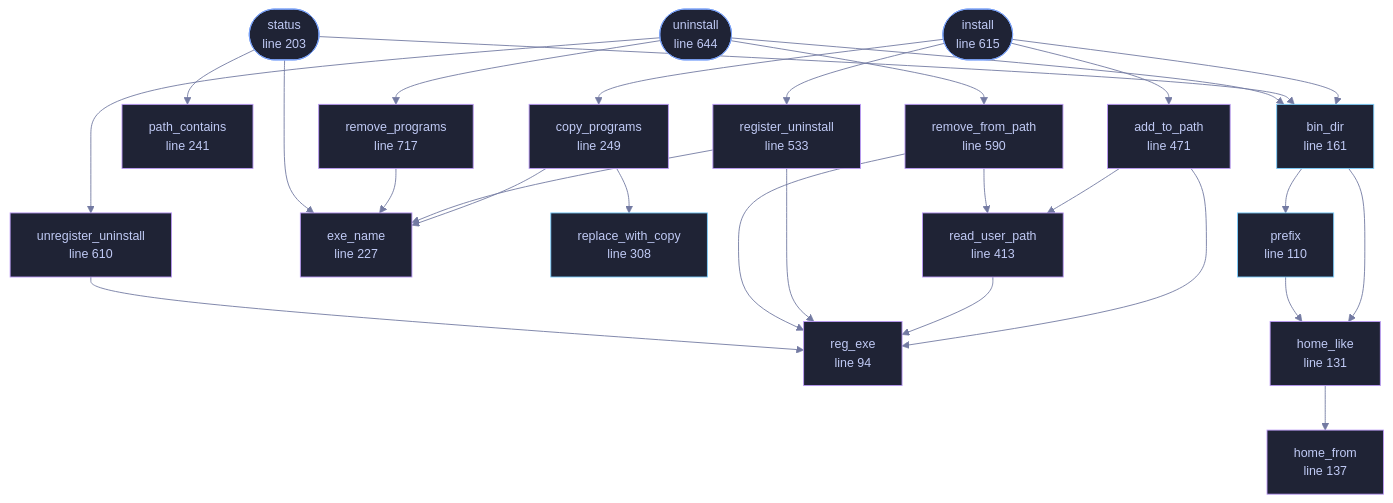
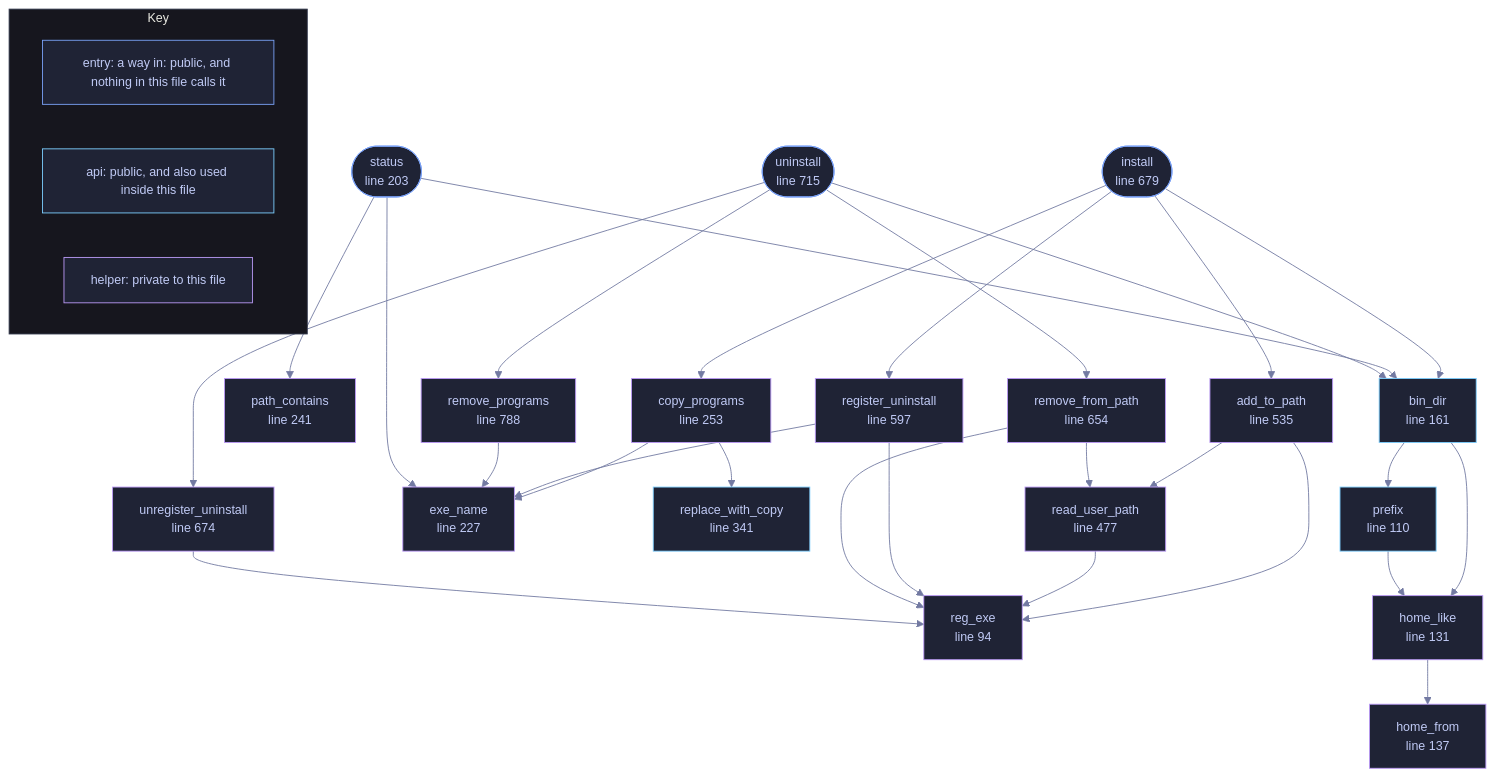
The diagram in docs/files/veilvoice-setup/install.md (tilas01/veilvoice), drawn with Mermaid before and after one commit. The commit also changed other lines of this file and 1510 other files, not shown here.

First line of the commit message:
Regenerate the documentation, wiki, site, graphs and measured numbers

````diff
--- a/docs/files/veilvoice-setup/install.md
+++ b/docs/files/veilvoice-setup/install.md
@@ -142,20 +142,20 @@
     n_status(["status<br/>line 203"])
     n_exe_name["exe_name<br/>line 227"]
     n_path_contains["path_contains<br/>line 241"]
-    n_copy_programs["copy_programs<br/>line 249"]
-    n_replace_with_copy["replace_with_copy<br/>line 308"]
-    n_add_to_path["add_to_path<br/>line 345"]
-    n_read_user_path["read_user_path<br/>line 413"]
-    n_add_to_path["add_to_path<br/>line 471"]
-    n_register_uninstall["register_uninstall<br/>line 492"]
-    n_register_uninstall["register_uninstall<br/>line 533"]
-    n_remove_from_path["remove_from_path<br/>line 544"]
-    n_remove_from_path["remove_from_path<br/>line 590"]
-    n_unregister_uninstall["unregister_uninstall<br/>line 600"]
-    n_unregister_uninstall["unregister_uninstall<br/>line 610"]
-    n_install(["install<br/>line 615"])
-    n_uninstall(["uninstall<br/>line 644"])
-    n_remove_programs["remove_programs<br/>line 717"]
+    n_copy_programs["copy_programs<br/>line 253"]
+    n_replace_with_copy["replace_with_copy<br/>line 341"]
+    n_add_to_path["add_to_path<br/>line 409"]
+    n_read_user_path["read_user_path<br/>line 477"]
+    n_add_to_path["add_to_path<br/>line 535"]
+    n_register_uninstall["register_uninstall<br/>line 556"]
+    n_register_uninstall["register_uninstall<br/>line 597"]
+    n_remove_from_path["remove_from_path<br/>line 608"]
+    n_remove_from_path["remove_from_path<br/>line 654"]
+    n_unregister_uninstall["unregister_uninstall<br/>line 664"]
+    n_unregister_uninstall["unregister_uninstall<br/>line 674"]
+    n_install(["install<br/>line 679"])
+    n_uninstall(["uninstall<br/>line 715"])
+    n_remove_programs["remove_programs<br/>line 788"]
     n_add_to_path --> n_read_user_path
     n_add_to_path --> n_reg_exe
     n_bin_dir --> n_home_like
@@ -190,24 +190,33 @@
     click n_status href "https://github.com/tilas01/veilvoice/blob/main/crates/veilvoice-setup/src/install.rs#L203" "open the source"
     click n_exe_name href "https://github.com/tilas01/veilvoice/blob/main/crates/veilvoice-setup/src/install.rs#L227" "open the source"
     click n_path_contains href "https://github.com/tilas01/veilvoice/blob/main/crates/veilvoice-setup/src/install.rs#L241" "open the source"
-    click n_copy_programs href "https://github.com/tilas01/veilvoice/blob/main/crates/veilvoice-setup/src/install.rs#L249" "open the source"
-    click n_replace_with_copy href "https://github.com/tilas01/veilvoice/blob/main/crates/veilvoice-setup/src/install.rs#L308" "open the source"
-    click n_add_to_path href "https://github.com/tilas01/veilvoice/blob/main/crates/veilvoice-setup/src/install.rs#L345" "open the source"
-    click n_read_user_path href "https://github.com/tilas01/veilvoice/blob/main/crates/veilvoice-setup/src/install.rs#L413" "open the source"
-    click n_add_to_path href "https://github.com/tilas01/veilvoice/blob/main/crates/veilvoice-setup/src/install.rs#L471" "open the source"
-    click n_register_uninstall href "https://github.com/tilas01/veilvoice/blob/main/crates/veilvoice-setup/src/install.rs#L492" "open the source"
-    click n_register_uninstall href "https://github.com/tilas01/veilvoice/blob/main/crates/veilvoice-setup/src/install.rs#L533" "open the source"
-    click n_remove_from_path href "https://github.com/tilas01/veilvoice/blob/main/crates/veilvoice-setup/src/install.rs#L544" "open the source"
-    click n_remove_from_path href "https://github.com/tilas01/veilvoice/blob/main/crates/veilvoice-setup/src/install.rs#L590" "open the source"
-    click n_unregister_uninstall href "https://github.com/tilas01/veilvoice/blob/main/crates/veilvoice-setup/src/install.rs#L600" "open the source"
-    click n_unregister_uninstall href "https://github.com/tilas01/veilvoice/blob/main/crates/veilvoice-setup/src/install.rs#L610" "open the source"
-    click n_install href "https://github.com/tilas01/veilvoice/blob/main/crates/veilvoice-setup/src/install.rs#L615" "open the source"
-    click n_uninstall href "https://github.com/tilas01/veilvoice/blob/main/crates/veilvoice-setup/src/install.rs#L644" "open the source"
-    click n_remove_programs href "https://github.com/tilas01/veilvoice/blob/main/crates/veilvoice-setup/src/install.rs#L717" "open the source"
+    click n_copy_programs href "https://github.com/tilas01/veilvoice/blob/main/crates/veilvoice-setup/src/install.rs#L253" "open the source"
+    click n_replace_with_copy href "https://github.com/tilas01/veilvoice/blob/main/crates/veilvoice-setup/src/install.rs#L341" "open the source"
+    click n_add_to_path href "https://github.com/tilas01/veilvoice/blob/main/crates/veilvoice-setup/src/install.rs#L409" "open the source"
+    click n_read_user_path href "https://github.com/tilas01/veilvoice/blob/main/crates/veilvoice-setup/src/install.rs#L477" "open the source"
+    click n_add_to_path href "https://github.com/tilas01/veilvoice/blob/main/crates/veilvoice-setup/src/install.rs#L535" "open the source"
+    click n_register_uninstall href "https://github.com/tilas01/veilvoice/blob/main/crates/veilvoice-setup/src/install.rs#L556" "open the source"
+    click n_register_uninstall href "https://github.com/tilas01/veilvoice/blob/main/crates/veilvoice-setup/src/install.rs#L597" "open the source"
+    click n_remove_from_path href "https://github.com/tilas01/veilvoice/blob/main/crates/veilvoice-setup/src/install.rs#L608" "open the source"
+    click n_remove_from_path href "https://github.com/tilas01/veilvoice/blob/main/crates/veilvoice-setup/src/install.rs#L654" "open the source"
+    click n_unregister_uninstall href "https://github.com/tilas01/veilvoice/blob/main/crates/veilvoice-setup/src/install.rs#L664" "open the source"
+    click n_unregister_uninstall href "https://github.com/tilas01/veilvoice/blob/main/crates/veilvoice-setup/src/install.rs#L674" "open the source"
+    click n_install href "https://github.com/tilas01/veilvoice/blob/main/crates/veilvoice-setup/src/install.rs#L679" "open the source"
+    click n_uninstall href "https://github.com/tilas01/veilvoice/blob/main/crates/veilvoice-setup/src/install.rs#L715" "open the source"
+    click n_remove_programs href "https://github.com/tilas01/veilvoice/blob/main/crates/veilvoice-setup/src/install.rs#L788" "open the source"
     classDef entry fill:#1f2335,stroke:#7aa2f7,color:#c0caf5
     class n_status,n_install,n_uninstall entry
     classDef api fill:#1f2335,stroke:#7dcfff,color:#c0caf5
     class n_prefix,n_bin_dir,n_replace_with_copy api
     classDef helper fill:#1f2335,stroke:#bb9af7,color:#c0caf5
     class n_reg_exe,n_home_like,n_home_from,n_exe_name,n_path_contains,n_copy_programs,n_add_to_path,n_read_user_path,n_add_to_path,n_register_uninstall,n_register_uninstall,n_remove_from_path,n_remove_from_path,n_unregister_uninstall,n_unregister_uninstall,n_remove_programs helper
+    subgraph chart_key ["Key"]
+        direction LR
+        key_entry["entry: a way in: public, and nothing in this file calls it"]
+        key_api["api: public, and also used inside this file"]
+        key_helper["helper: private to this file"]
+    end
+    class key_entry entry
+    class key_api api
+    class key_helper helper
 ```
````
